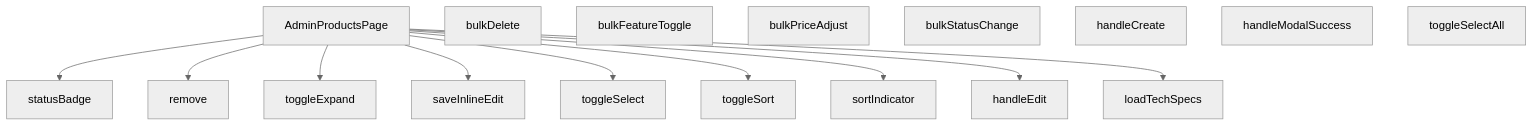
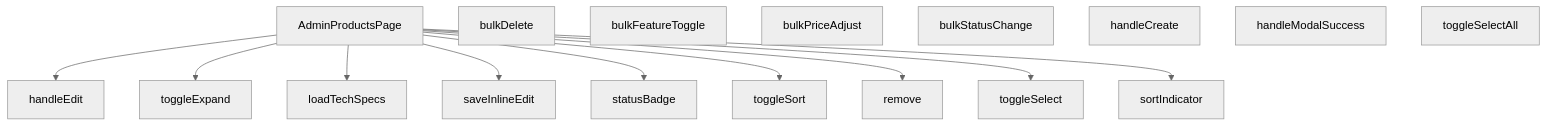
The diagram in src/views/admin/AdminProductsPage.md (peckop/venthub-hvac-esite), drawn with Mermaid (neutral theme) before and after one commit. The commit also changed other lines of this file and 7 other files, not shown here.

````diff
--- a/src/views/admin/AdminProductsPage.md
+++ b/src/views/admin/AdminProductsPage.md
@@ -484,29 +506,29 @@
 ```mermaid
 graph TD
     AdminProductsPage_tsx__AdminProductsPage["AdminProductsPage"]
     AdminProductsPage_tsx__bulkDelete["bulkDelete"]
     AdminProductsPage_tsx__bulkFeatureToggle["bulkFeatureToggle"]
     AdminProductsPage_tsx__bulkPriceAdjust["bulkPriceAdjust"]
     AdminProductsPage_tsx__bulkStatusChange["bulkStatusChange"]
     AdminProductsPage_tsx__handleCreate["handleCreate"]
     AdminProductsPage_tsx__handleEdit["handleEdit"]
     AdminProductsPage_tsx__handleModalSuccess["handleModalSuccess"]
     AdminProductsPage_tsx__loadTechSpecs["loadTechSpecs"]
     AdminProductsPage_tsx__remove["remove"]
     AdminProductsPage_tsx__saveInlineEdit["saveInlineEdit"]
     AdminProductsPage_tsx__sortIndicator["sortIndicator"]
     AdminProductsPage_tsx__statusBadge["statusBadge"]
     AdminProductsPage_tsx__toggleExpand["toggleExpand"]
     AdminProductsPage_tsx__toggleSelect["toggleSelect"]
     AdminProductsPage_tsx__toggleSelectAll["toggleSelectAll"]
     AdminProductsPage_tsx__toggleSort["toggleSort"]
+    AdminProductsPage_tsx__AdminProductsPage --> AdminProductsPage_tsx__handleEdit
+    AdminProductsPage_tsx__AdminProductsPage --> AdminProductsPage_tsx__toggleExpand
+    AdminProductsPage_tsx__AdminProductsPage --> AdminProductsPage_tsx__loadTechSpecs
+    AdminProductsPage_tsx__AdminProductsPage --> AdminProductsPage_tsx__saveInlineEdit
     AdminProductsPage_tsx__AdminProductsPage --> AdminProductsPage_tsx__statusBadge
+    AdminProductsPage_tsx__AdminProductsPage --> AdminProductsPage_tsx__toggleSort
     AdminProductsPage_tsx__AdminProductsPage --> AdminProductsPage_tsx__remove
-    AdminProductsPage_tsx__AdminProductsPage --> AdminProductsPage_tsx__toggleExpand
-    AdminProductsPage_tsx__AdminProductsPage --> AdminProductsPage_tsx__saveInlineEdit
     AdminProductsPage_tsx__AdminProductsPage --> AdminProductsPage_tsx__toggleSelect
-    AdminProductsPage_tsx__AdminProductsPage --> AdminProductsPage_tsx__toggleSort
     AdminProductsPage_tsx__AdminProductsPage --> AdminProductsPage_tsx__sortIndicator
-    AdminProductsPage_tsx__AdminProductsPage --> AdminProductsPage_tsx__handleEdit
-    AdminProductsPage_tsx__AdminProductsPage --> AdminProductsPage_tsx__loadTechSpecs
 ```
````
